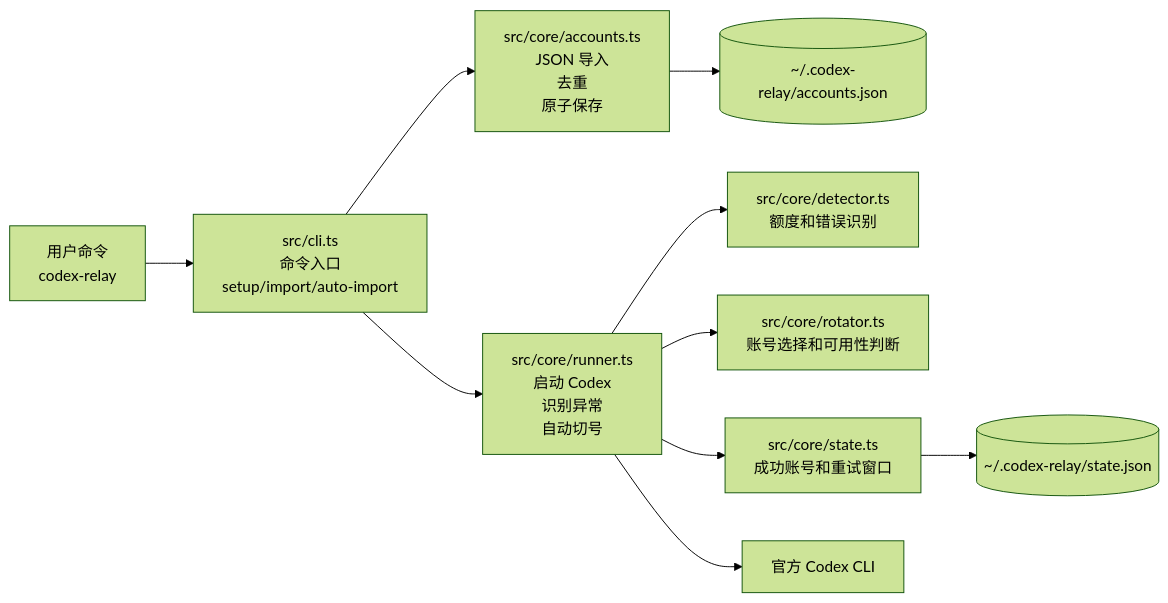
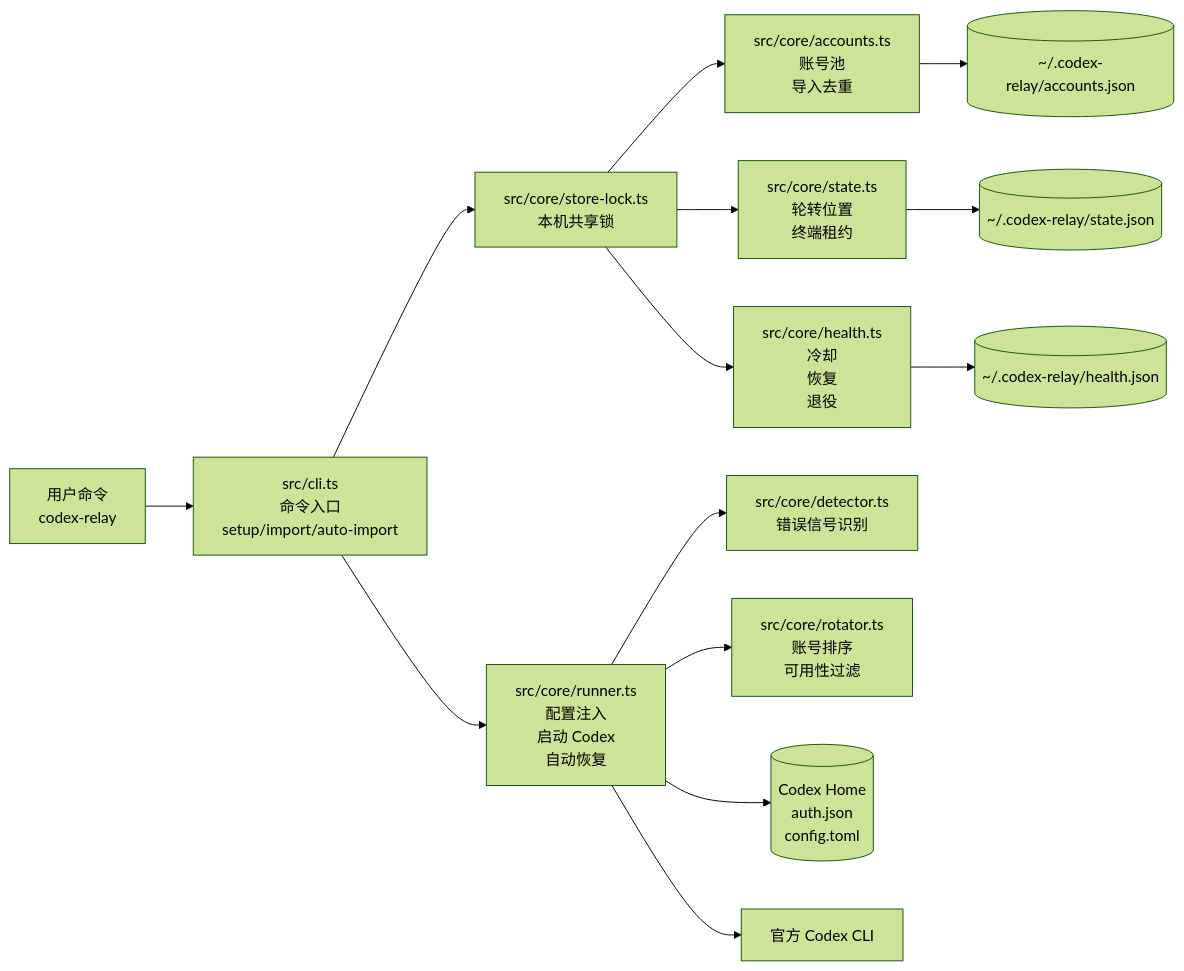
The first of 3 diagrams in ARCHITECTURE.md (Albert-PZY/codex-relay), drawn with Mermaid (forest theme) before and after one commit. The commit also changed other lines of this file and 18 other files, not shown here.

First line of the commit message:
fix: reuse codex home for relay runs

````diff
--- a/ARCHITECTURE.md
+++ b/ARCHITECTURE.md
@@ -42,12 +52,16 @@
 ```mermaid
 flowchart LR
   User[用户命令<br>codex-relay] --> CLI[src/cli.ts<br>命令入口<br>setup/import/auto-import]
-  CLI --> ACC[src/core/accounts.ts<br>JSON 导入<br>去重<br>原子保存]
-  CLI --> RUN[src/core/runner.ts<br>启动 Codex<br>识别异常<br>自动切号]
-  RUN --> DET[src/core/detector.ts<br>额度和错误识别]
-  RUN --> ROT[src/core/rotator.ts<br>账号选择和可用性判断]
-  RUN --> STA[src/core/state.ts<br>成功账号和重试窗口]
-  ACC --> AJSON[(~/.codex-relay/accounts.json)]
-  STA --> SJSON[(~/.codex-relay/state.json)]
-  RUN --> CODEX[官方 Codex CLI]
+  CLI --> StoreLock[src/core/store-lock.ts<br>本机共享锁]
+  StoreLock --> Accounts[src/core/accounts.ts<br>账号池<br>导入去重]
+  StoreLock --> State[src/core/state.ts<br>轮转位置<br>终端租约]
+  StoreLock --> Health[src/core/health.ts<br>冷却<br>恢复<br>退役]
+  CLI --> Runner[src/core/runner.ts<br>配置注入<br>启动 Codex<br>自动恢复]
+  Runner --> Detector[src/core/detector.ts<br>错误信号识别]
+  Runner --> Rotator[src/core/rotator.ts<br>账号排序<br>可用性过滤]
+  Runner --> CodexHome[(Codex Home<br>auth.json<br>config.toml)]
+  Runner --> Codex[官方 Codex CLI]
+  Accounts --> AccountsFile[(~/.codex-relay/accounts.json)]
+  State --> StateFile[(~/.codex-relay/state.json)]
+  Health --> HealthFile[(~/.codex-relay/health.json)]
 ```
````
